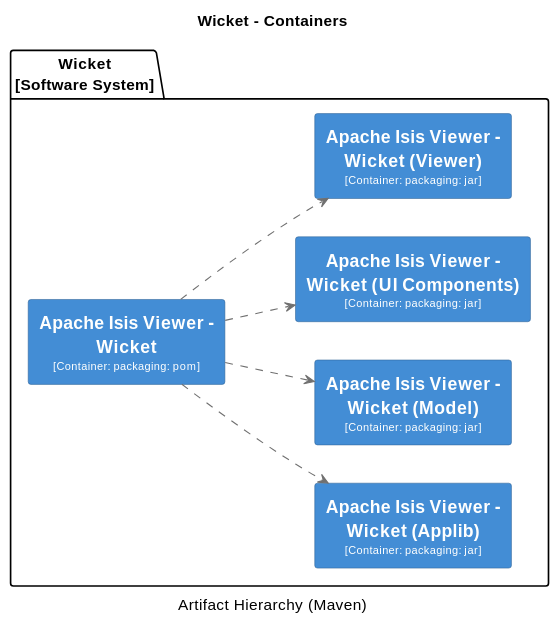
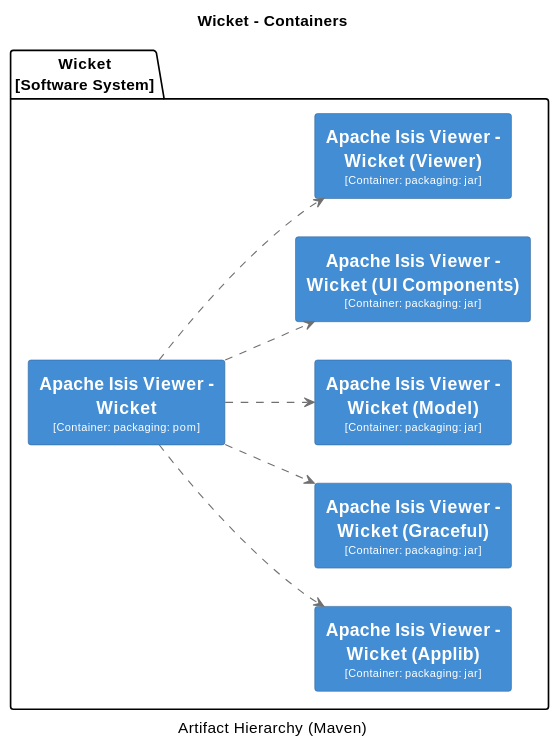
Diagram 17 of 32 in core/adoc/modules/_overview/pages/about.adoc (apache/causeway), drawn with PlantUML before and after one commit. The commit also changed other lines of this file and 9 other files, not shown here.

```diff
--- a/core/adoc/modules/_overview/pages/about.adoc
+++ b/core/adoc/modules/_overview/pages/about.adoc
@@ -3064,53 +3106,60 @@
 [plantuml,Wicket,svg]
 ----
 @startuml(id=Wicket)
 title Wicket - Containers
 caption Artifact Hierarchy (Maven)
 
 skinparam {
   shadowing false
   arrowFontSize 10
   defaultTextAlignment center
   wrapWidth 200
   maxMessageSize 100
 }
 hide stereotype
 left to right direction
 skinparam rectangle<<2>> {
   BackgroundColor #438dd5
   FontColor #fffffe
   BorderColor #2E6295
 }
 skinparam rectangle<<3>> {
   BackgroundColor #438dd5
   FontColor #fffffe
   BorderColor #2E6295
 }
 skinparam rectangle<<4>> {
   BackgroundColor #438dd5
   FontColor #fffffe
   BorderColor #2E6295
 }
 skinparam rectangle<<5>> {
   BackgroundColor #438dd5
   FontColor #fffffe
   BorderColor #2E6295
 }
 skinparam rectangle<<6>> {
   BackgroundColor #438dd5
   FontColor #fffffe
   BorderColor #2E6295
 }
+skinparam rectangle<<7>> {
+  BackgroundColor #438dd5
+  FontColor #fffffe
+  BorderColor #2E6295
+}
 package "Wicket\n[Software System]" {
   rectangle "==Apache Isis Viewer - Wicket\n<size:10>[Container: packaging: pom]</size>" <<2>> as 2
   rectangle "==Apache Isis Viewer - Wicket (Applib)\n<size:10>[Container: packaging: jar]</size>" <<3>> as 3
-  rectangle "==Apache Isis Viewer - Wicket (Model)\n<size:10>[Container: packaging: jar]</size>" <<4>> as 4
-  rectangle "==Apache Isis Viewer - Wicket (UI Components)\n<size:10>[Container: packaging: jar]</size>" <<5>> as 5
-  rectangle "==Apache Isis Viewer - Wicket (Viewer)\n<size:10>[Container: packaging: jar]</size>" <<6>> as 6
+  rectangle "==Apache Isis Viewer - Wicket (Graceful)\n<size:10>[Container: packaging: jar]</size>" <<4>> as 4
+  rectangle "==Apache Isis Viewer - Wicket (Model)\n<size:10>[Container: packaging: jar]</size>" <<5>> as 5
+  rectangle "==Apache Isis Viewer - Wicket (UI Components)\n<size:10>[Container: packaging: jar]</size>" <<6>> as 6
+  rectangle "==Apache Isis Viewer - Wicket (Viewer)\n<size:10>[Container: packaging: jar]</size>" <<7>> as 7
 }
 2 .[#707070].> 3 : ""
 2 .[#707070].> 4 : ""
 2 .[#707070].> 5 : ""
 2 .[#707070].> 6 : ""
+2 .[#707070].> 7 : ""
 @enduml
 ----
```
